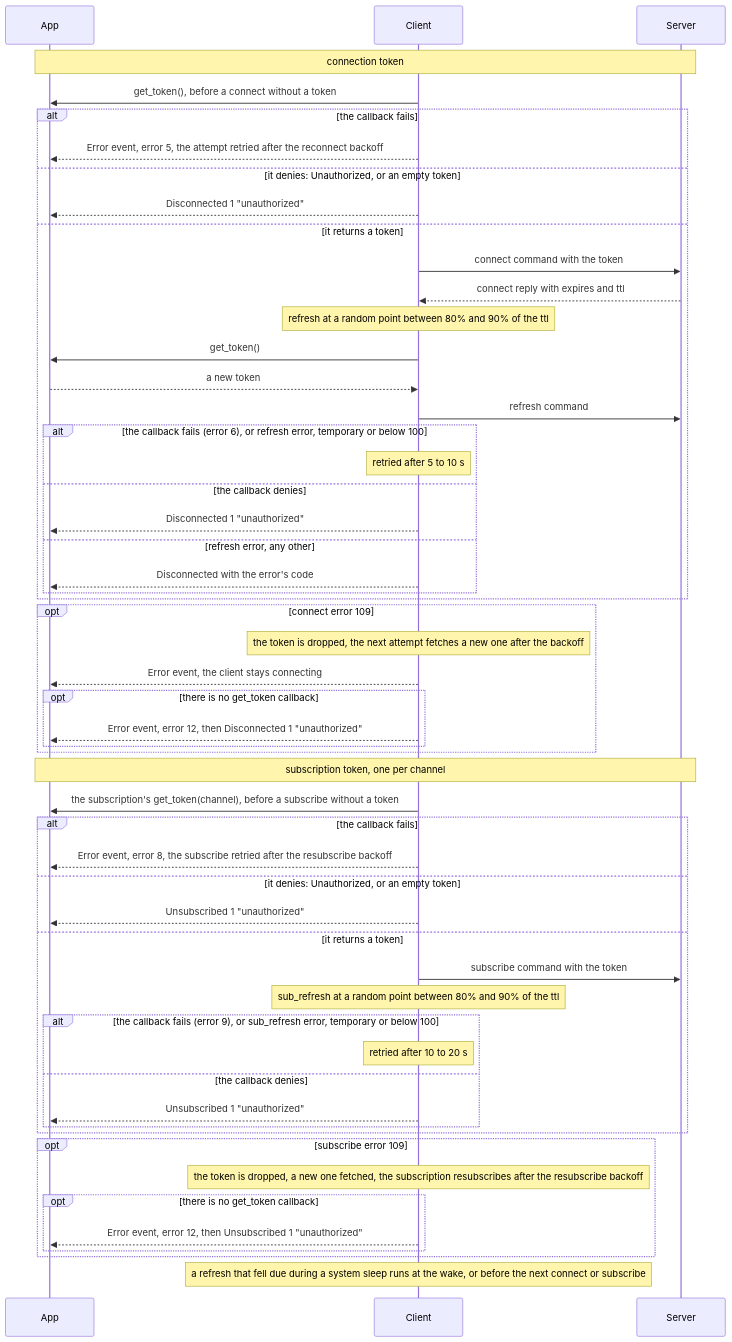
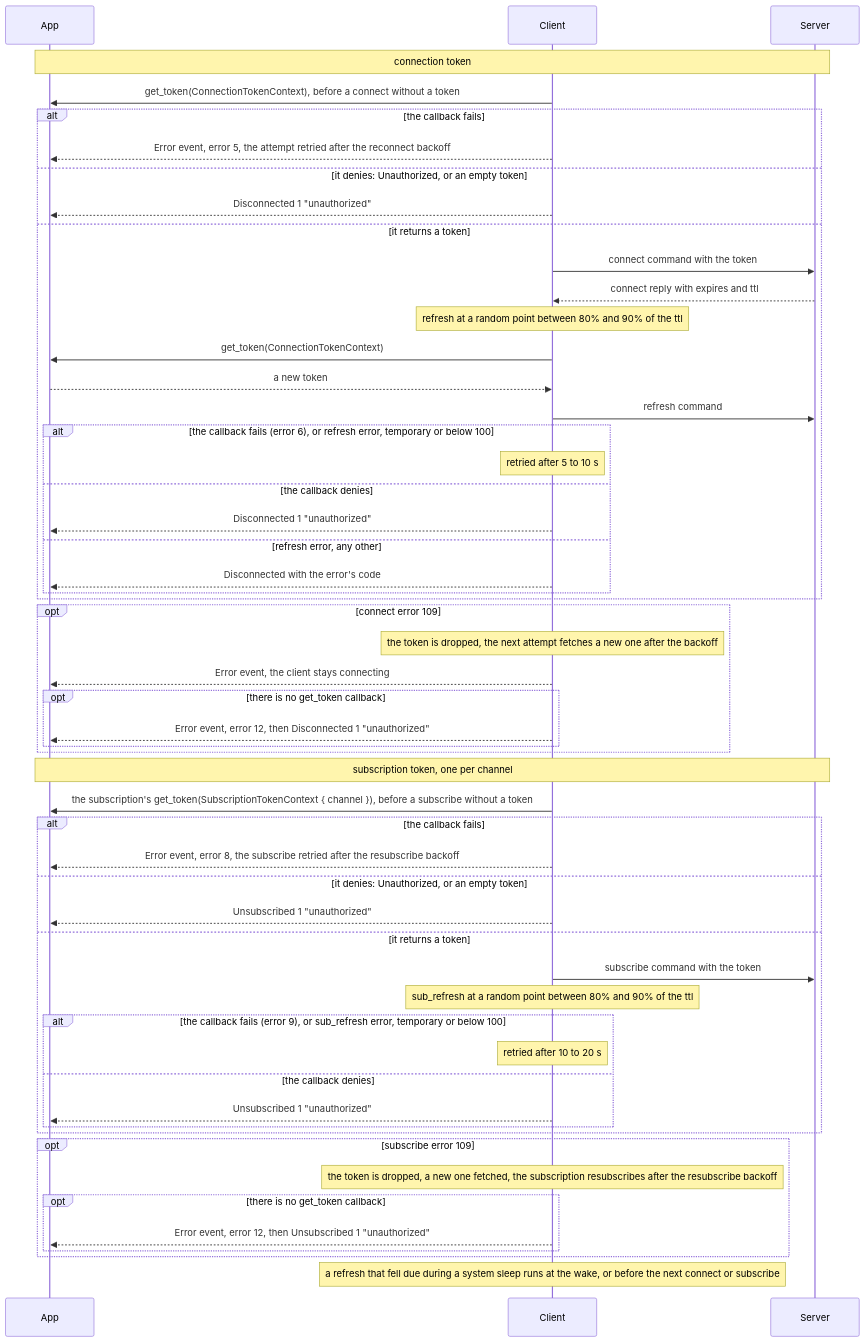
Before and after one commit to jbiscella/ferrifuge: the fourth of 6 diagrams in docs/protocol.md, drawn with Mermaid. The commit also changed other lines of this file and 39 other files, not shown here.

````diff
--- a/docs/protocol.md
+++ b/docs/protocol.md
@@ -147,56 +147,56 @@
 ```mermaid
 sequenceDiagram
     participant App
     participant Client
     participant Server
     Note over App,Server: connection token
-    Client->>App: get_token(), before a connect without a token
+    Client->>App: get_token(ConnectionTokenContext), before a connect without a token
     alt the callback fails
         Client-->>App: Error event, error 5, the attempt retried after the reconnect backoff
     else it denies: Unauthorized, or an empty token
         Client-->>App: Disconnected 1 "unauthorized"
     else it returns a token
         Client->>Server: connect command with the token
         Server-->>Client: connect reply with expires and ttl
         Note over Client: refresh at a random point between 80% and 90% of the ttl
-        Client->>App: get_token()
+        Client->>App: get_token(ConnectionTokenContext)
         App-->>Client: a new token
         Client->>Server: refresh command
         alt the callback fails (error 6), or refresh error, temporary or below 100
             Note over Client: retried after 5 to 10 s
         else the callback denies
             Client-->>App: Disconnected 1 "unauthorized"
         else refresh error, any other
             Client-->>App: Disconnected with the error's code
         end
     end
     opt connect error 109
         Note over Client: the token is dropped, the next attempt fetches a new one after the backoff
         Client-->>App: Error event, the client stays connecting
         opt there is no get_token callback
             Client-->>App: Error event, error 12, then Disconnected 1 "unauthorized"
         end
     end
     Note over App,Server: subscription token, one per channel
-    Client->>App: the subscription's get_token(channel), before a subscribe without a token
+    Client->>App: the subscription's get_token(SubscriptionTokenContext { channel }), before a subscribe without a token
     alt the callback fails
         Client-->>App: Error event, error 8, the subscribe retried after the resubscribe backoff
     else it denies: Unauthorized, or an empty token
         Client-->>App: Unsubscribed 1 "unauthorized"
     else it returns a token
         Client->>Server: subscribe command with the token
         Note over Client: sub_refresh at a random point between 80% and 90% of the ttl
         alt the callback fails (error 9), or sub_refresh error, temporary or below 100
             Note over Client: retried after 10 to 20 s
         else the callback denies
             Client-->>App: Unsubscribed 1 "unauthorized"
         end
     end
     opt subscribe error 109
         Note over Client: the token is dropped, a new one fetched, the subscription resubscribes after the resubscribe backoff
         opt there is no get_token callback
             Client-->>App: Error event, error 12, then Unsubscribed 1 "unauthorized"
         end
     end
     Note over Client: a refresh that fell due during a system sleep runs at the wake, or before the next connect or subscribe
 ```
````
